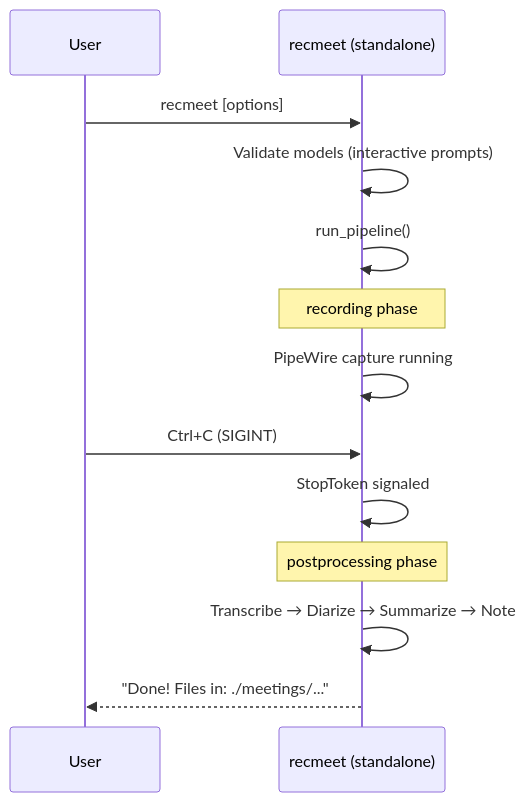
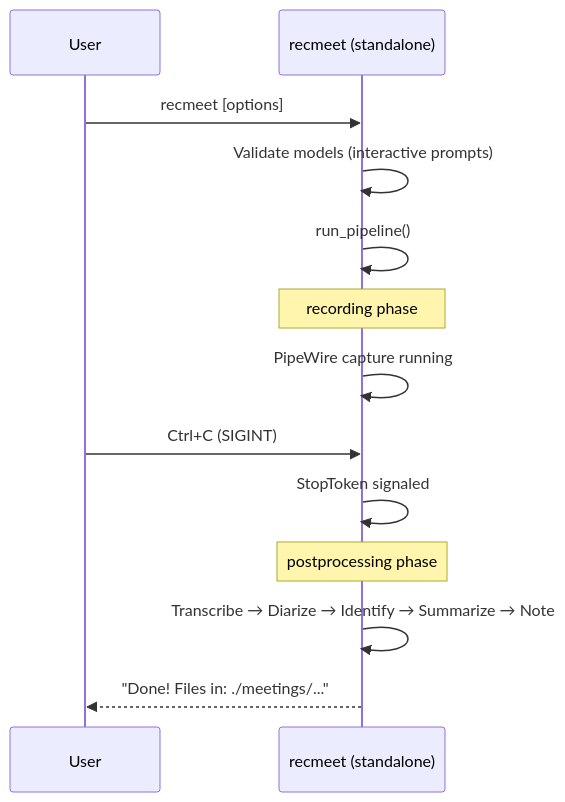
Before and after one commit to suykerbuyk/recmeet: the seventh of 10 diagrams in docs/ARCHITECTURE.md, drawn with Mermaid. The commit also changed other lines of this file and 15 other files, not shown here.

````diff
--- a/docs/ARCHITECTURE.md
+++ b/docs/ARCHITECTURE.md
@@ -322,16 +440,16 @@
 ```mermaid
 sequenceDiagram
     participant U as User
     participant CLI as recmeet (standalone)
 
     U->>CLI: recmeet [options]
     CLI->>CLI: Validate models (interactive prompts)
     CLI->>CLI: run_pipeline()
     Note over CLI: recording phase
     CLI->>CLI: PipeWire capture running
     U->>CLI: Ctrl+C (SIGINT)
     CLI->>CLI: StopToken signaled
     Note over CLI: postprocessing phase
-    CLI->>CLI: Transcribe → Diarize → Summarize → Note
+    CLI->>CLI: Transcribe → Diarize → Identify → Summarize → Note
     CLI-->>U: "Done! Files in: ./meetings/..."
 ```
````
